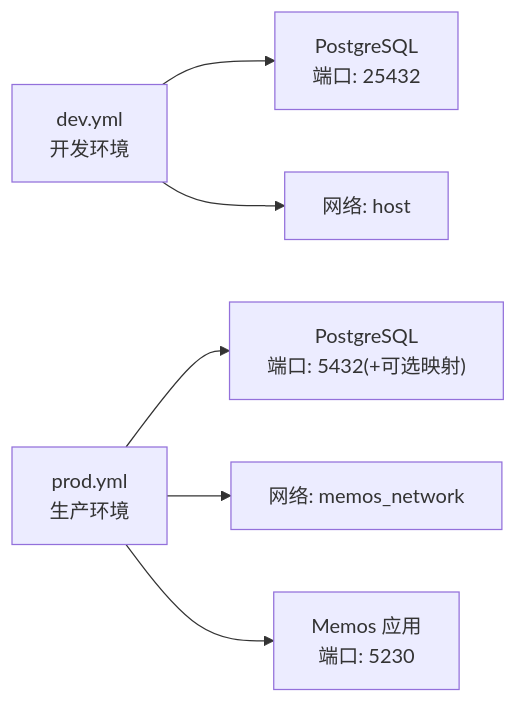
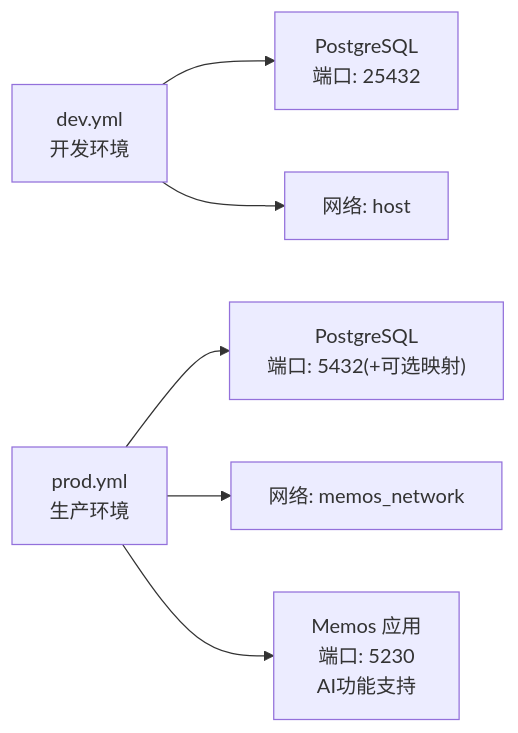
Before and after one commit to hrygo/memos: the fourth of 8 diagrams in .qoder/repowiki/zh/content/部署与运维/部署与运维.md, drawn with Mermaid. The commit also changed other lines of this file and 29 other files, not shown here.

````diff
--- a/.qoder/repowiki/zh/content/部署与运维/部署与运维.md
+++ b/.qoder/repowiki/zh/content/部署与运维/部署与运维.md
@@ -227,8 +236,8 @@
 ```mermaid
 graph LR
 Dev["dev.yml<br/>开发环境"] --> PGDev["PostgreSQL<br/>端口: 25432"]
 Dev --> NetDev["网络: host"]
 Pro["prod.yml<br/>生产环境"] --> PGPro["PostgreSQL<br/>端口: 5432(+可选映射)"]
 Pro --> NetPro["网络: memos_network"]
-Pro --> App["Memos 应用<br/>端口: 5230"]
+Pro --> App["Memos 应用<br/>端口: 5230<br/>AI功能支持"]
 ```
````
